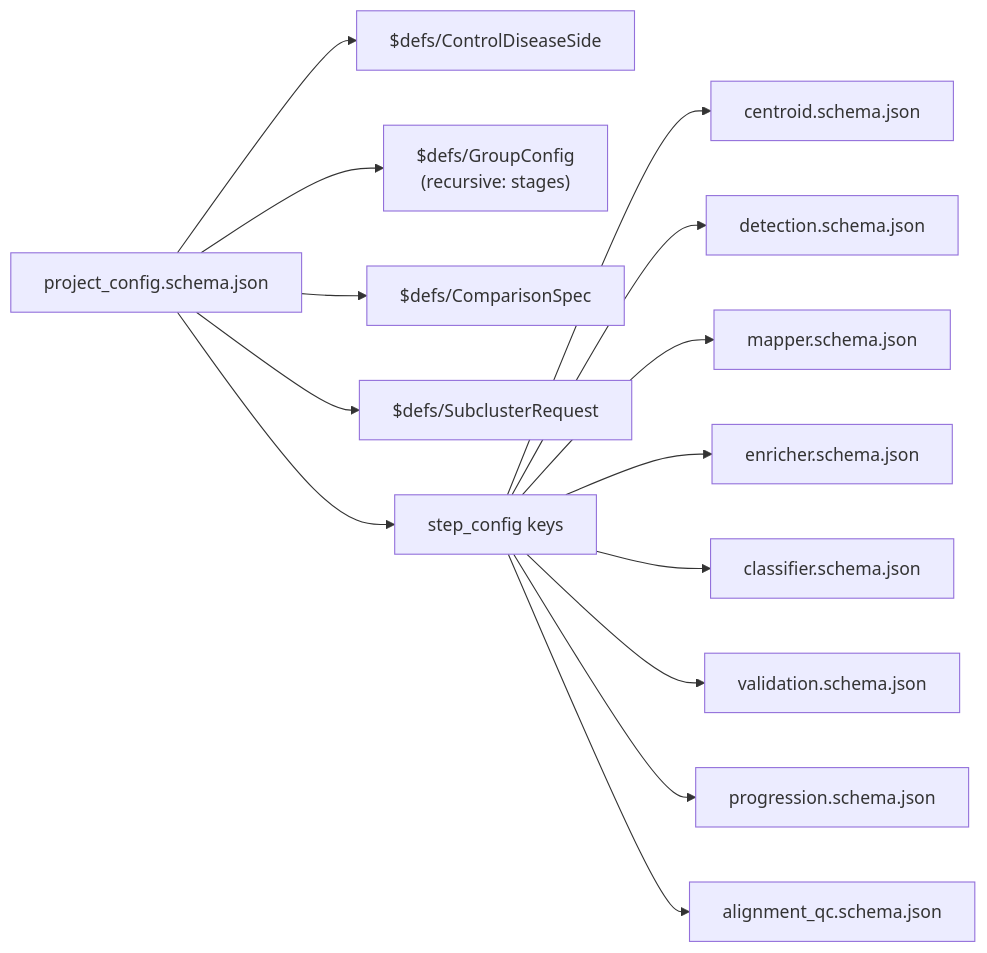
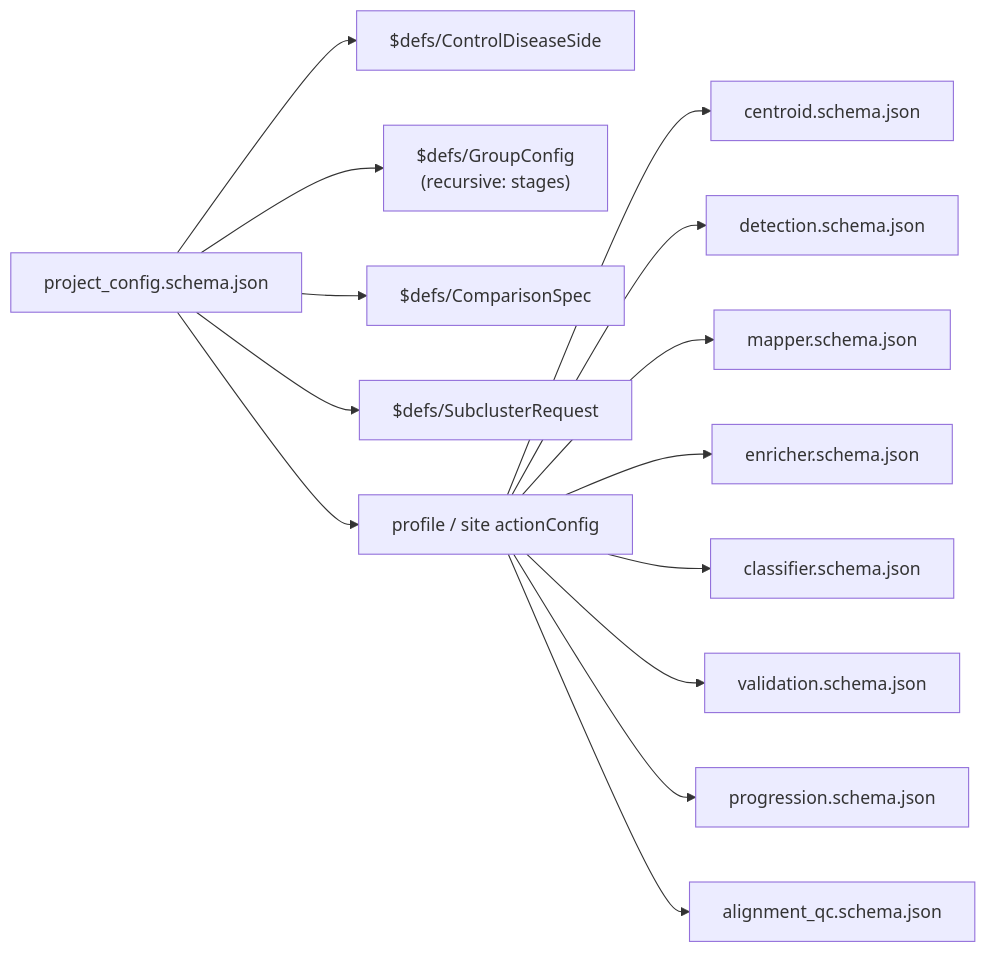
The fourth of 14 diagrams in workflow_engine/docs/pipeline_architecture.md (Goliath-Research/GoliathWorkflow), drawn with Mermaid before and after one commit. The commit also changed other lines of this file and 106 other files, not shown here.

First line of the commit message:
Update CI pipeline for documentation freshness and diagram rendering

````diff
--- a/workflow_engine/docs/pipeline_architecture.md
+++ b/workflow_engine/docs/pipeline_architecture.md
@@ -268,17 +269,17 @@
 ```mermaid
 flowchart LR
   pcs["project_config.schema.json"]
   pcs --> cds["$defs/ControlDiseaseSide"]
   pcs --> gc["$defs/GroupConfig\n(recursive: stages)"]
   pcs --> cs["$defs/ComparisonSpec"]
   pcs --> sub["$defs/SubclusterRequest"]
-  pcs --> sc2["step_config keys"]
-  sc2 --> cent["centroid.schema.json"]
-  sc2 --> det["detection.schema.json"]
-  sc2 --> map["mapper.schema.json"]
-  sc2 --> enr["enricher.schema.json"]
-  sc2 --> cls["classifier.schema.json"]
-  sc2 --> val["validation.schema.json"]
-  sc2 --> prog["progression.schema.json"]
-  sc2 --> aqc["alignment_qc.schema.json"]
+  pcs --> prof["profile / site actionConfig"]
+  prof --> cent["centroid.schema.json"]
+  prof --> det["detection.schema.json"]
+  prof --> map["mapper.schema.json"]
+  prof --> enr["enricher.schema.json"]
+  prof --> cls["classifier.schema.json"]
+  prof --> val["validation.schema.json"]
+  prof --> prog["progression.schema.json"]
+  prof --> aqc["alignment_qc.schema.json"]
 ```
````
